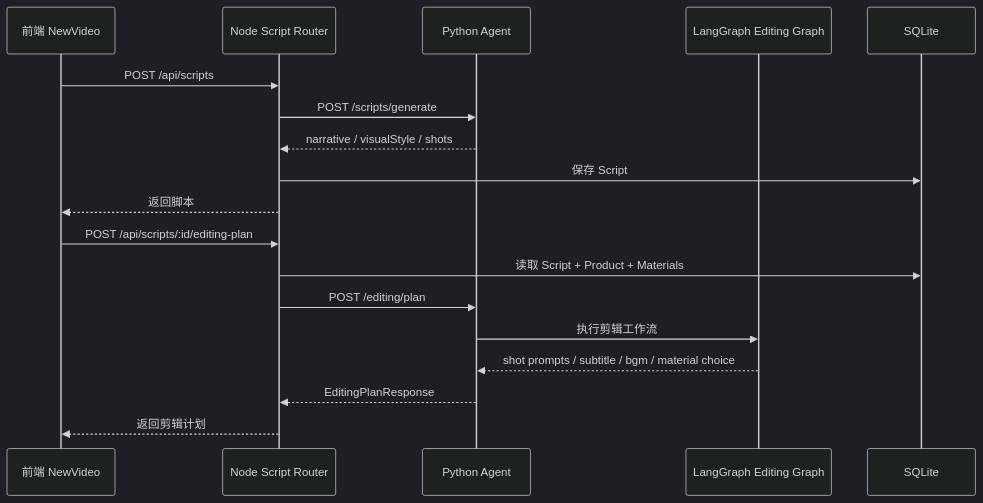
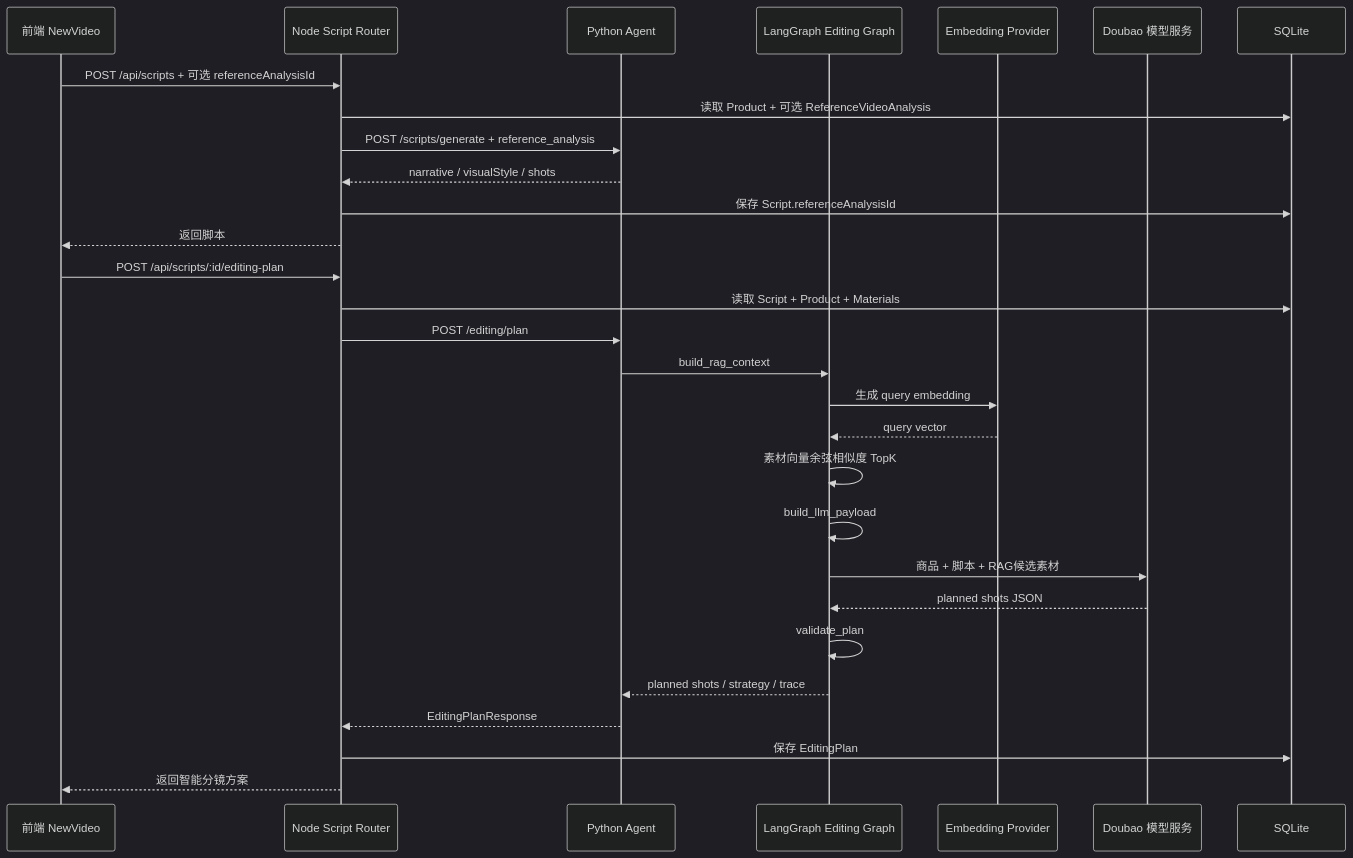
Before and after one commit to xiaoyugangg/tiktok_shop: the seventh of 17 diagrams in docs/项目讲解.md, drawn with Mermaid (dark theme). The commit also changed other lines of this file and 46 other files, not shown here.

Commit message:
feat: add P1 Python agent reference workflow

````diff
--- a/docs/项目讲解.md
+++ b/docs/项目讲解.md
@@ -253,22 +405,33 @@
 ```mermaid
 sequenceDiagram
   participant Web as 前端 NewVideo
   participant API as Node Script Router
   participant Agent as Python Agent
   participant Graph as LangGraph Editing Graph
+  participant Embed as Embedding Provider
+  participant Doubao as Doubao 模型服务
   participant DB as SQLite
 
-  Web->>API: POST /api/scripts
-  API->>Agent: POST /scripts/generate
+  Web->>API: POST /api/scripts + 可选 referenceAnalysisId
+  API->>DB: 读取 Product + 可选 ReferenceVideoAnalysis
+  API->>Agent: POST /scripts/generate + reference_analysis
   Agent-->>API: narrative / visualStyle / shots
-  API->>DB: 保存 Script
+  API->>DB: 保存 Script.referenceAnalysisId
   API-->>Web: 返回脚本
 
   Web->>API: POST /api/scripts/:id/editing-plan
   API->>DB: 读取 Script + Product + Materials
   API->>Agent: POST /editing/plan
-  Agent->>Graph: 执行剪辑工作流
-  Graph-->>Agent: shot prompts / subtitle / bgm / material choice
+  Agent->>Graph: build_rag_context
+  Graph->>Embed: 生成 query embedding
+  Embed-->>Graph: query vector
+  Graph->>Graph: 素材向量余弦相似度 TopK
+  Graph->>Graph: build_llm_payload
+  Graph->>Doubao: 商品 + 脚本 + RAG候选素材
+  Doubao-->>Graph: planned shots JSON
+  Graph->>Graph: validate_plan
+  Graph-->>Agent: planned shots / strategy / trace
   Agent-->>API: EditingPlanResponse
-  API-->>Web: 返回剪辑计划
+  API->>DB: 保存 EditingPlan
+  API-->>Web: 返回智能分镜方案
 ```
````
